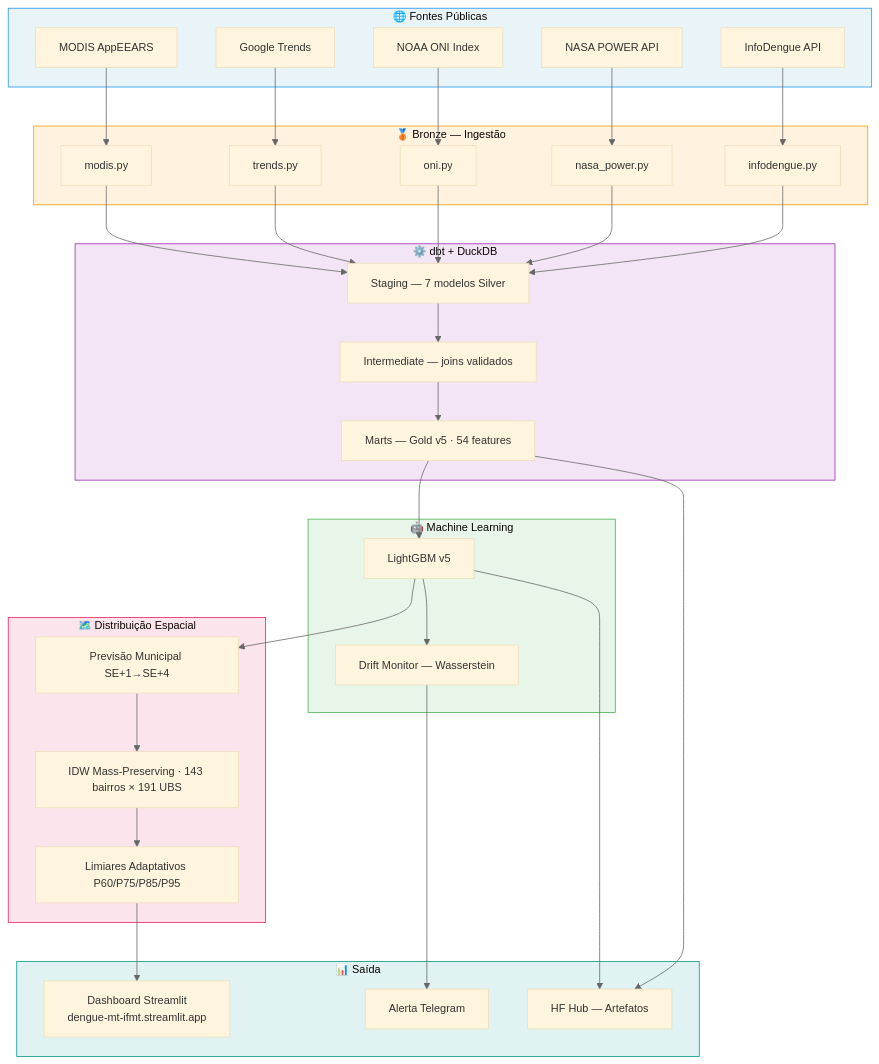
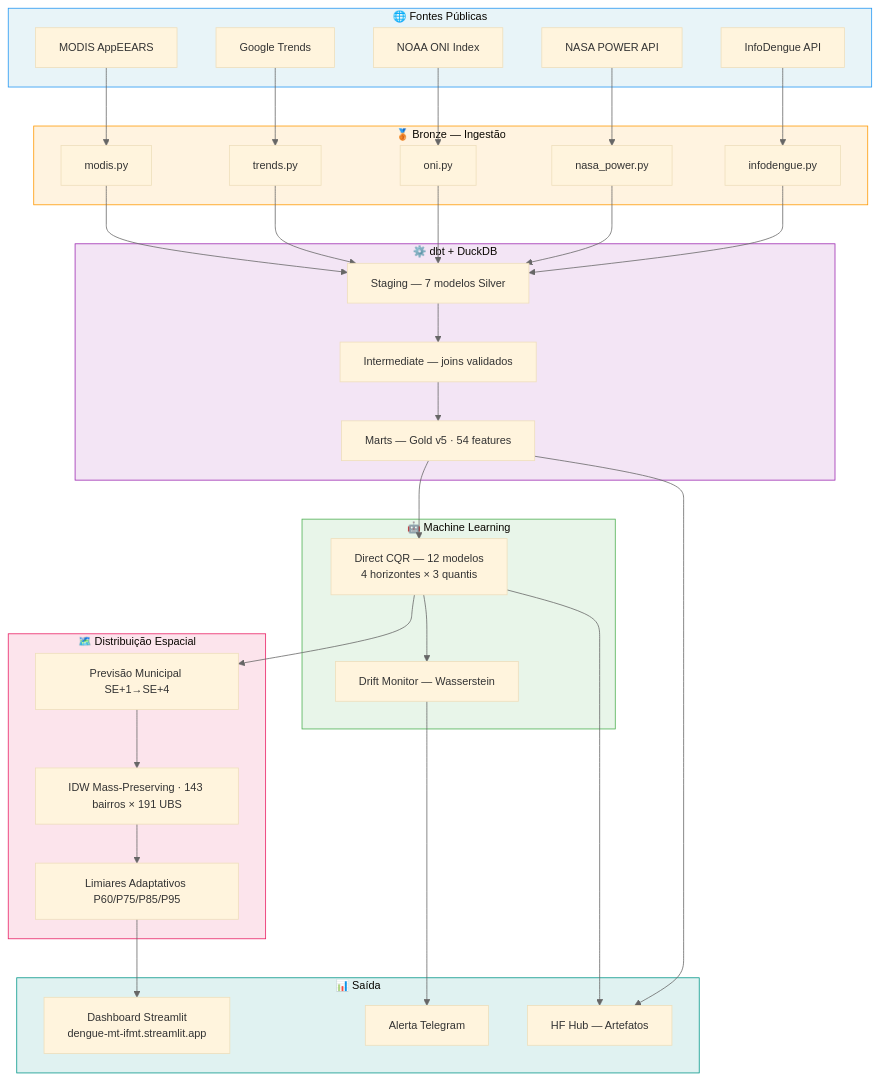
One commit to ediney-magalhaes/dengue-mt changed the diagram in ARCHITECTURE.md. Above: the diagram before and after it, drawn with Mermaid. The commit also changed other lines of this file and 5 other files, not shown here.

````diff
--- a/ARCHITECTURE.md
+++ b/ARCHITECTURE.md
@@ -9,72 +9,72 @@
 ```mermaid
 %%{init: {'theme': 'base', 'themeVariables': {'primaryTextColor': '#333', 'lineColor': '#666', 'fontSize': '14px'}}}%%
 flowchart TB
     subgraph FONTES["🌐 Fontes Públicas"]
         ID[InfoDengue API]
         NP[NASA POWER API]
         ONI[NOAA ONI Index]
         GT[Google Trends]
         MD[MODIS AppEEARS]
     end
 
     subgraph BRONZE["🥉 Bronze — Ingestão"]
         B1[infodengue.py]
         B2[nasa_power.py]
         B3[oni.py]
         B4[trends.py]
         B5[modis.py]
     end
 
     subgraph DBT["⚙️ dbt + DuckDB"]
         STG[Staging — 7 modelos Silver]
         INT[Intermediate — joins validados]
         MART[Marts — Gold v5 · 54 features]
     end
 
     subgraph ML["🤖 Machine Learning"]
-        LGB[LightGBM v5]
+        LGB[Direct CQR — 12 modelos<br>4 horizontes × 3 quantis]
         DRIFT[Drift Monitor — Wasserstein]
     end
 
     subgraph IDW["🗺️ Distribuição Espacial"]
         PREV[Previsão Municipal SE+1→SE+4]
         DIST[IDW Mass-Preserving · 143 bairros × 191 UBS]
         LIM[Limiares Adaptativos P60/P75/P85/P95]
     end
 
     subgraph SAIDA["📊 Saída"]
         DASH[Dashboard Streamlit<br>dengue-mt-ifmt.streamlit.app]
         TEL[Alerta Telegram]
         HF[HF Hub — Artefatos]
     end
 
     ID --> B1
     NP --> B2
     ONI --> B3
     GT --> B4
     MD --> B5
 
     B1 --> STG
     B2 --> STG
     B3 --> STG
     B4 --> STG
     B5 --> STG
 
     STG --> INT --> MART
 
     MART --> LGB
     LGB --> DRIFT
     LGB --> PREV
     PREV --> DIST --> LIM --> DASH
 
     DRIFT --> TEL
     MART --> HF
     LGB --> HF
 
     style FONTES fill:#e8f4f8,stroke:#2196F3
     style BRONZE fill:#fff3e0,stroke:#FF9800
     style DBT fill:#f3e5f5,stroke:#9C27B0
     style ML fill:#e8f5e9,stroke:#4CAF50
     style IDW fill:#fce4ec,stroke:#E91E63
     style SAIDA fill:#e0f2f1,stroke:#009688
 ```
````
